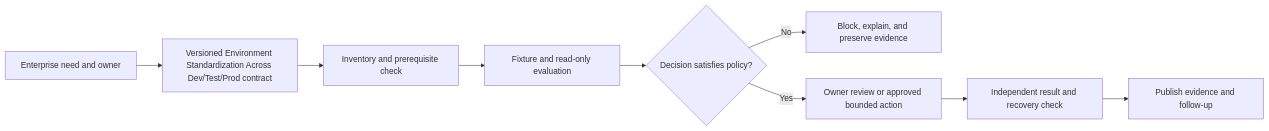
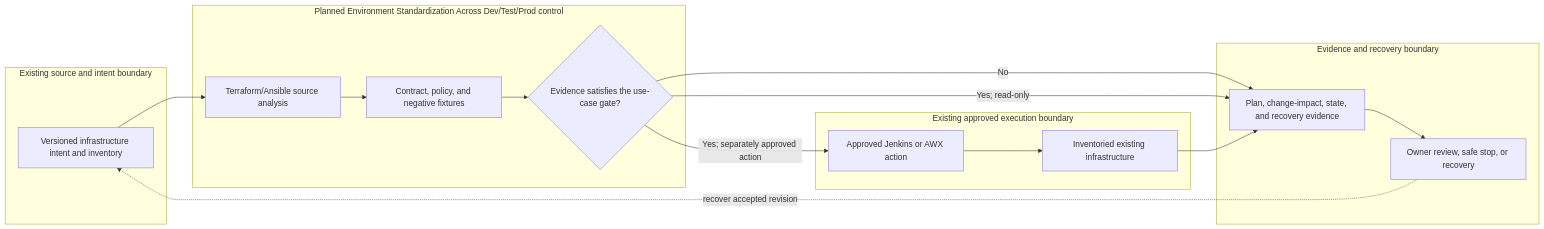
Before and after one commit to MIDHTECH/enterprise-architecture-docs: the diagram in docs/use-cases/infrastructure/UC-INFRA-010-environment-standardization-across-dev-test-prod.md, drawn with Mermaid. The commit also changed other lines of this file and 227 other files, not shown here.

Commit message:
Deepen architecture for all use case designs

````diff
--- a/docs/use-cases/infrastructure/UC-INFRA-010-environment-standardization-across-dev-test-prod.md
+++ b/docs/use-cases/infrastructure/UC-INFRA-010-environment-standardization-across-dev-test-prod.md
@@ -136,11 +129,25 @@
 ```mermaid
 flowchart LR
-    Need["Enterprise need and owner"] --> Contract["Versioned Environment Standardization Across Dev/Test/Prod contract"]
-    Contract --> Preflight["Inventory and prerequisite check"]
-    Preflight --> Evaluate["Fixture and read-only evaluation"]
-    Evaluate --> Decision{"Decision satisfies policy?"}
-    Decision -->|No| Stop["Block, explain, and preserve evidence"]
-    Decision -->|Yes| Review["Owner review or approved bounded action"]
-    Review --> Verify["Independent result and recovery check"]
-    Verify --> Publish["Publish evidence and follow-up"]
+    subgraph Source["Existing source and intent boundary"]
+        A["Versioned infrastructure intent and inventory"]
+    end
+    subgraph Planned["Planned Environment Standardization Across Dev/Test/Prod control"]
+        B["Terraform/Ansible source analysis"]
+        C["Contract, policy, and negative fixtures"]
+        D{"Evidence satisfies the use-case gate?"}
+    end
+    subgraph Runtime["Existing approved execution boundary"]
+        E["Approved Jenkins or AWX action"]
+        F["Inventoried existing infrastructure"]
+    end
+    subgraph Assurance["Evidence and recovery boundary"]
+        G["Plan, change-impact, state, and recovery evidence"]
+        H["Owner review, safe stop, or recovery"]
+    end
+
+    A --> B --> C --> D
+    D -->|No| G --> H
+    D -->|Yes; read-only| G
+    D -->|Yes; separately approved action| E --> F --> G
+    H -. recover accepted revision .-> A
 ```
````
